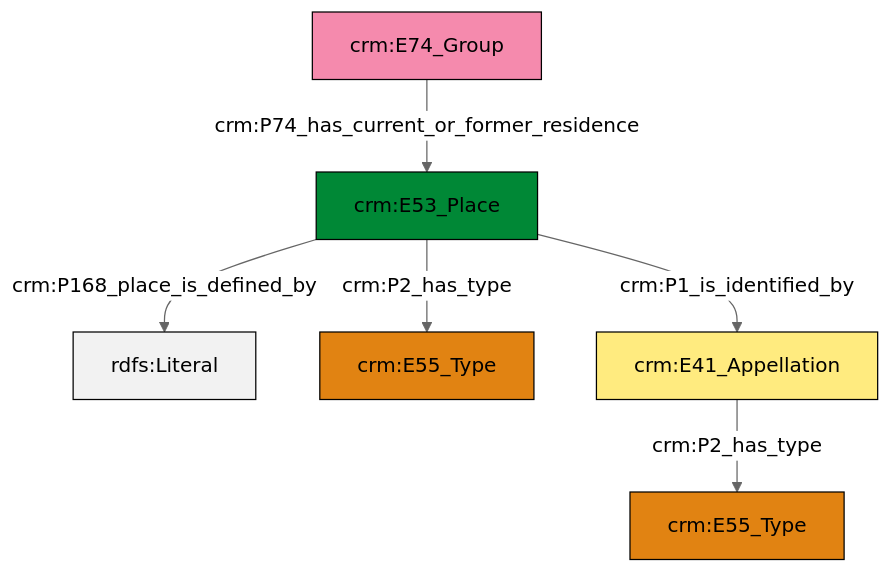
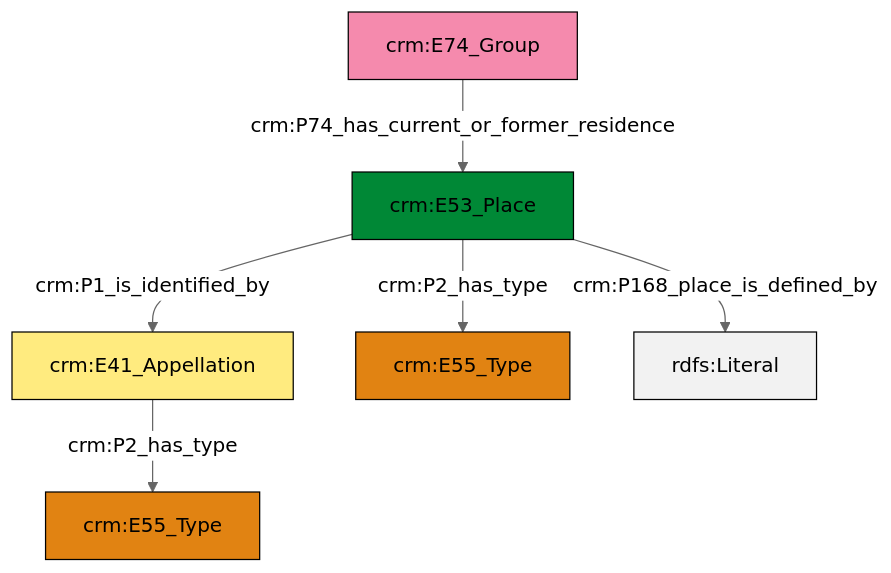
One commit to swiss-art-research-net/reference-data-models changed the diagram in et/groupCSV/ttl/mmd/group_location.ttl.mmd. Above: the diagram before and after it, drawn with Mermaid (neutral theme). The commit also changed 128 other files, not shown here.

```diff
--- a/et/groupCSV/ttl/mmd/group_location.ttl.mmd
+++ b/et/groupCSV/ttl/mmd/group_location.ttl.mmd
@@ -1,20 +1,20 @@
 graph TD
 classDef Literal fill:#f2f2f2,stroke:#000000;
 classDef CRM_Entity fill:#FFFFFF,stroke:#000000;
 classDef Temporal_Entity fill:#00C9E6, stroke:#000000;
 classDef Type fill:#E18312, stroke:#000000;
 classDef Time-Span fill:#2C9C91, stroke:#000000;
 classDef Appellation fill:#FFEB7F, stroke:#000000;
 classDef Place fill:#008836, stroke:#000000;
 classDef Persistent_Item fill:#B266B2, stroke:#000000;
 classDef Conceptual_Object fill:#FFD700, stroke:#000000;
 classDef Physical_Thing fill:#D2B48C, stroke:#000000;
 classDef Actor fill:#f58aad, stroke:#000000;
 classDef PC_Classes fill:#4ce600, stroke:#000000;
 classDef Multi fill:#cccccc,stroke:#000000;
 
-2["crm:E53_Place"]:::Place -->|crm:P168_place_is_defined_by| 3[rdfs:Literal]:::Literal
-4["crm:E74_Group"]:::Actor -->|crm:P74_has_current_or_former_residence| 2["crm:E53_Place"]:::Place
-8["crm:E41_Appellation"]:::Appellation -->|crm:P2_has_type| 0["crm:E55_Type"]:::Type
-2["crm:E53_Place"]:::Place -->|crm:P2_has_type| 6["crm:E55_Type"]:::Type
-2["crm:E53_Place"]:::Place -->|crm:P1_is_identified_by| 8["crm:E41_Appellation"]:::Appellation
+3["crm:E74_Group"]:::Actor -->|crm:P74_has_current_or_former_residence| 4["crm:E53_Place"]:::Place
+4["crm:E53_Place"]:::Place -->|crm:P1_is_identified_by| 0["crm:E41_Appellation"]:::Appellation
+4["crm:E53_Place"]:::Place -->|crm:P168_place_is_defined_by| 10[rdfs:Literal]:::Literal
+4["crm:E53_Place"]:::Place -->|crm:P2_has_type| 7["crm:E55_Type"]:::Type
+0["crm:E41_Appellation"]:::Appellation -->|crm:P2_has_type| 5["crm:E55_Type"]:::Type
```
